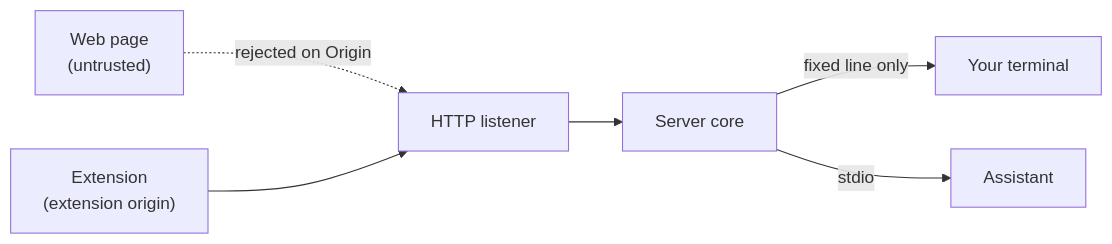
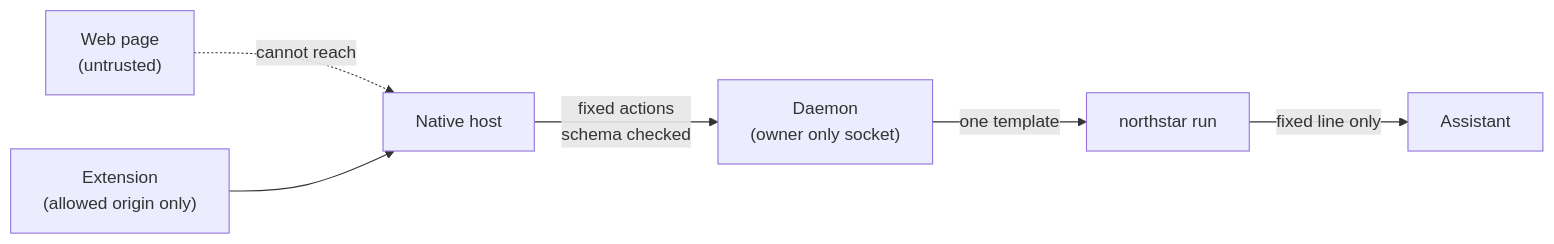
One commit to pallandir/northstar changed the second of 3 diagrams in docs/architecture.md. Above: the diagram before and after it, drawn with Mermaid. The commit also changed other lines of this file and 149 other files, not shown here.

````diff
--- a/docs/architecture.md
+++ b/docs/architecture.md
@@ -122,8 +152,8 @@
 ```mermaid
 flowchart LR
-    Page["Web page<br/>(untrusted)"] -. "rejected on Origin" .-> Http["HTTP listener"]
-    Ext["Extension<br/>(extension origin)"] --> Http
-    Http --> Server["Server core"]
-    Server -- "fixed line only" --> Terminal["Your terminal"]
-    Server -- "stdio" --> Assistant["Assistant"]
+    Page["Web page<br/>(untrusted)"] -. "cannot reach" .-> Host["Native host"]
+    Ext["Extension<br/>(allowed origin only)"] --> Host
+    Host -- "fixed actions<br/>schema checked" --> Daemon["Daemon<br/>(owner only socket)"]
+    Daemon -- "one template" --> Session["northstar run"]
+    Session -- "fixed line only" --> Assistant["Assistant"]
 ```
````
